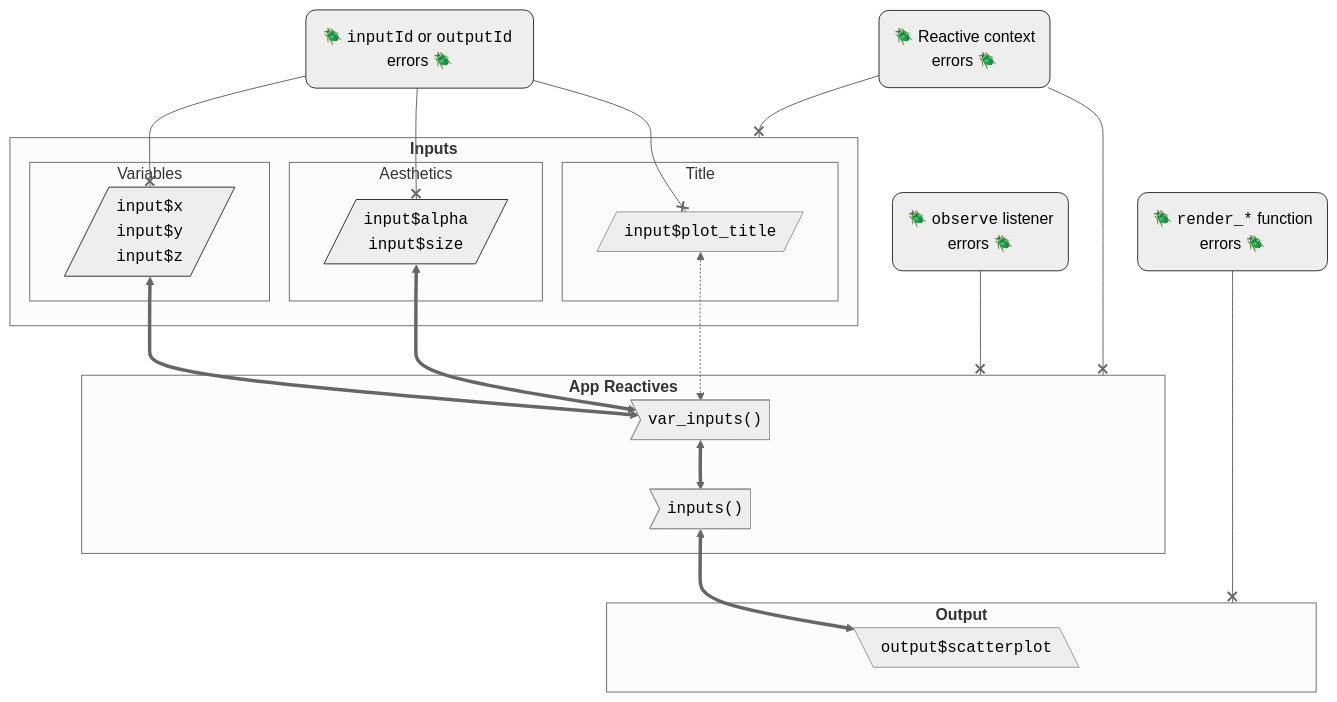
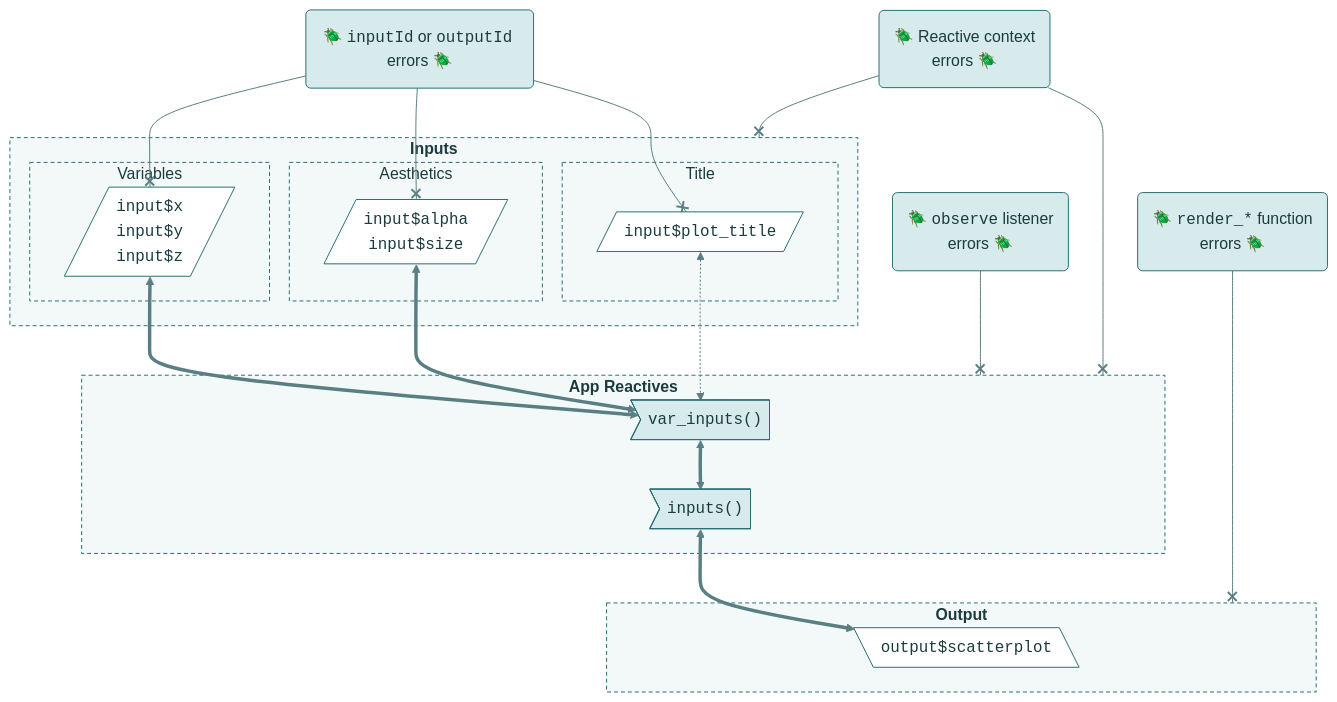
One commit to mjfrigaard/shiny-app-pkgs changed the second of 2 diagrams in debug.qmd. Above: the diagram before and after it, drawn with Mermaid. The commit also changed other lines of this file and 22 other files, not shown here.

First line of the commit message:
Standardize mermaid diagrams on the site teal palette

````diff
--- a/debug.qmd
+++ b/debug.qmd
@@ -261,40 +281,46 @@
 ```{mermaid}
 %%| fig-cap: '*Possible locations of bugs in a reactive model*'
 %%| fig-align: center
-%%{init: {'theme': 'neutral', 'themeVariables': { 'fontFamily': 'monospace', "fontSize":"16px"}}}%%
+%%{init: {'theme': 'base', 'themeVariables': { 'fontFamily': 'monospace', "fontSize":"16px", "primaryColor":"#D7EBEC", "primaryTextColor":"#1B3B3F", "primaryBorderColor":"#2A6F77", "lineColor":"#5A7F83", "edgeLabelBackground":"#FFFFFF", "clusterBkg":"#F3F8F8", "clusterBorder":"#2A6F77", "darkMode":false}}}%%
 flowchart TD
     subgraph Inputs["<strong>Inputs</strong>"]
         subgraph Variables["Variables"]
         var_input[/"<code>input$x</code><br><code>input$y</code><br><code>input$z</code>"/]
         end
         subgraph Aesthetics["Aesthetics"]
         aes_input[/"<code>input$alpha</code><br><code>input$size</code>"/]
         end
         subgraph Title["Title"]
         plot_title[/"<code>input$plot_title</code>"/]
         end
     end
     IDs("🪲 <code>inputId</code> or <code>outputId</code> errors 🪲") --x var_input & aes_input & plot_title
     subgraph React["<strong>App Reactives</strong>"]
         var_inputs>"<code>var_inputs()</code> "]
         inputs>"<code>inputs()</code>"]
     end
     Obs("🪲 <code>observe</code> listener<br>errors 🪲") --x React
     Rxt("🪲 Reactive context<br>errors 🪲") --x Inputs & React
     subgraph Output["<strong>Output</strong>"]
         output[\"<code>output$scatterplot</code>"\]
     end
     Rend("🪲 <code>render_*</code> function<br>errors 🪲") ----x Output
 
     var_input & aes_input <==> var_inputs 
     plot_title <-.-> var_inputs 
     var_inputs <==> inputs
     inputs <==> output
-    
-    style var_input stroke:#333,stroke-width:1px,rx:5,ry:5 
-    style aes_input stroke:#333,stroke-width:1px,rx:5,ry:5
-    style IDs stroke:#333,stroke-width:1px,rx:10,ry:10
-    style Obs stroke:#333,stroke-width:1px,rx:10,ry:10
-    style Rend stroke:#333,stroke-width:1px,rx:10,ry:10
-    style Rxt stroke:#333,stroke-width:1px,rx:10,ry:10
+
+    classDef term fill:#2A6F77,color:#FFFFFF,stroke:#1B4F55,stroke-width:1px
+    classDef step fill:#D7EBEC,color:#1B3B3F,stroke:#2A6F77,stroke-width:1px
+    classDef decision fill:#F4C26B,color:#3D2A00,stroke:#B7832B,stroke-width:1px
+    classDef io fill:#FFFFFF,color:#1B3B3F,stroke:#2A6F77,stroke-width:1px
+    class IDs,var_inputs,inputs,Obs,Rxt,Rend step
+    class var_input,aes_input,plot_title,output io
+    style Inputs fill:#F3F8F8,color:#1B3B3F,stroke:#2A6F77,stroke-width:1px,stroke-dasharray:4 3
+    style Variables fill:#F3F8F8,color:#1B3B3F,stroke:#2A6F77,stroke-width:1px,stroke-dasharray:4 3
+    style Aesthetics fill:#F3F8F8,color:#1B3B3F,stroke:#2A6F77,stroke-width:1px,stroke-dasharray:4 3
+    style Title fill:#F3F8F8,color:#1B3B3F,stroke:#2A6F77,stroke-width:1px,stroke-dasharray:4 3
+    style React fill:#F3F8F8,color:#1B3B3F,stroke:#2A6F77,stroke-width:1px,stroke-dasharray:4 3
+    style Output fill:#F3F8F8,color:#1B3B3F,stroke:#2A6F77,stroke-width:1px,stroke-dasharray:4 3
 ```
````
